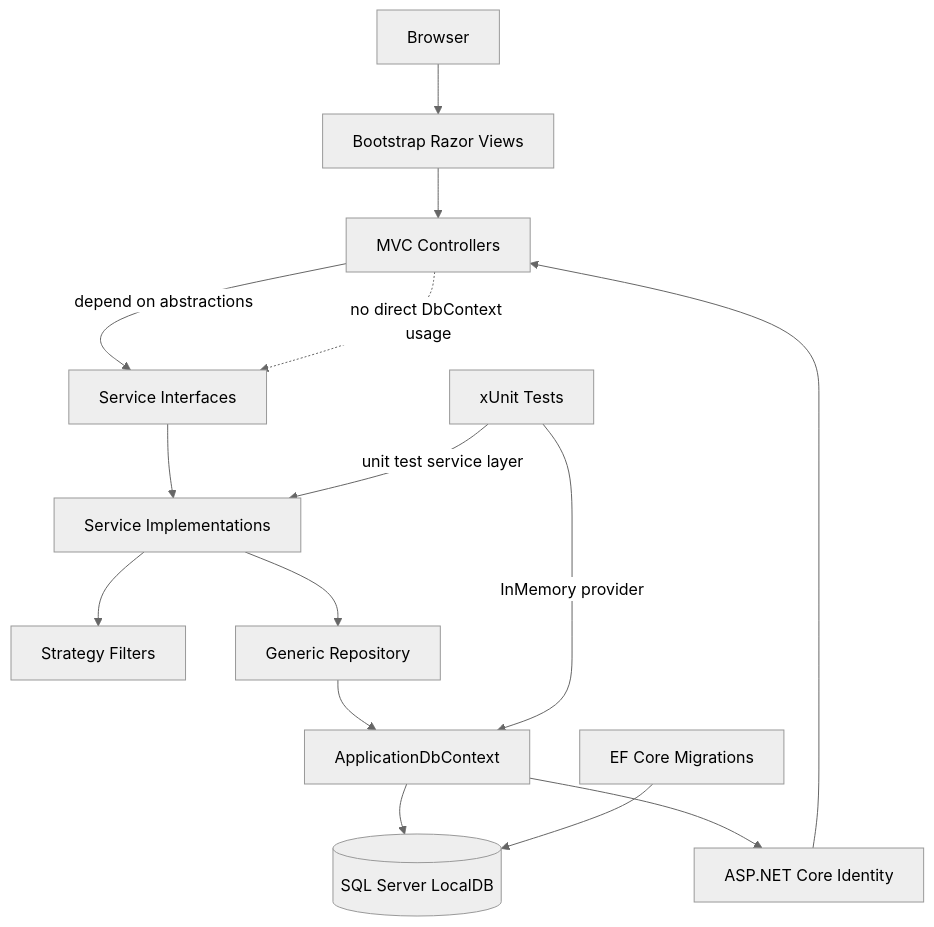
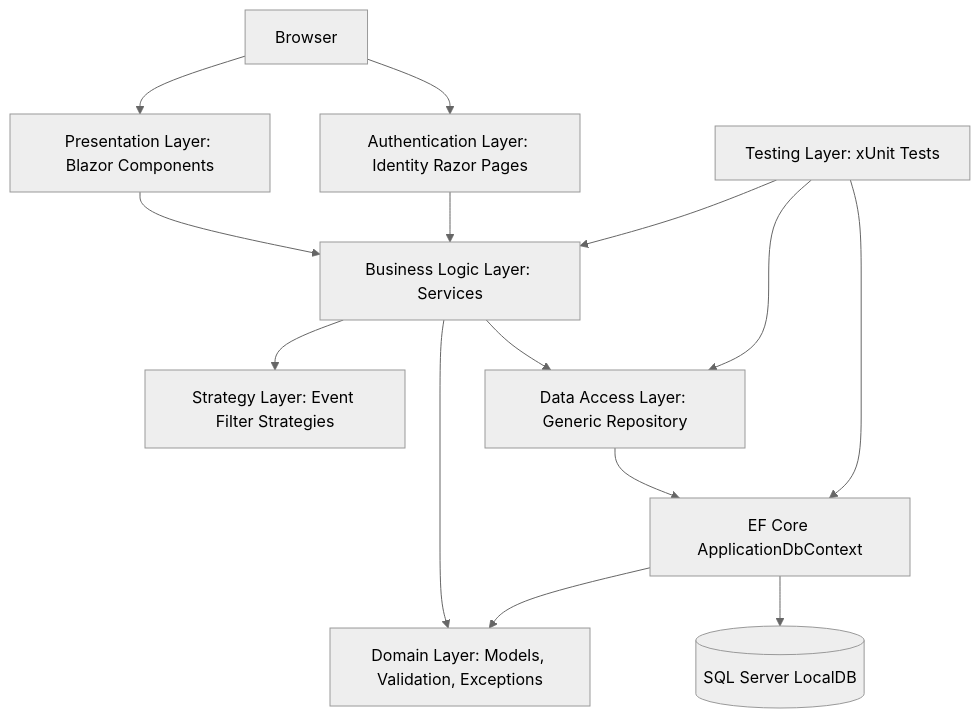
One commit to FerojTamang/CET254_EventManager_Blazor changed the diagram in Documentation/UML/Diagrams/architecture-diagram.mmd. Above: the diagram before and after it, drawn with Mermaid (neutral theme). The commit also changed 5 other files, not shown here.

Commit message:
Align documentation with Blazor-first implementation

```diff
--- a/Documentation/UML/Diagrams/architecture-diagram.mmd
+++ b/Documentation/UML/Diagrams/architecture-diagram.mmd
@@ -1,31 +1,26 @@
-%% Community Event Management System - Architecture Diagram
+%% Community Event Management System - Blazor-First Architecture Diagram
 flowchart TD
     Browser[Browser]
-    Views[Bootstrap Razor Views]
-    Controllers[MVC Controllers]
-    ServiceInterfaces[Service Interfaces]
-    Services[Service Implementations]
-    Strategies[Strategy Filters]
-    Repository[Generic Repository]
-    DbContext[ApplicationDbContext]
+    Blazor[Presentation Layer: Blazor Components]
+    IdentityPages[Authentication Layer: Identity Razor Pages]
+    Services[Business Logic Layer: Services]
+    Strategies[Strategy Layer: Event Filter Strategies]
+    Repository[Data Access Layer: Generic Repository]
+    DbContext[EF Core ApplicationDbContext]
+    Domain[Domain Layer: Models, Validation, Exceptions]
     Database[(SQL Server LocalDB)]
-    Identity[ASP.NET Core Identity]
-    Migrations[EF Core Migrations]
-    Tests[xUnit Tests]
+    Tests[Testing Layer: xUnit Tests]
 
-    Browser --> Views
-    Views --> Controllers
-    Controllers -->|depend on abstractions| ServiceInterfaces
-    ServiceInterfaces --> Services
+    Browser --> Blazor
+    Browser --> IdentityPages
+    Blazor --> Services
+    IdentityPages --> Services
+    Services --> Strategies
     Services --> Repository
-    Services --> Strategies
+    Services --> Domain
     Repository --> DbContext
+    DbContext --> Domain
     DbContext --> Database
-    DbContext --> Identity
-    Migrations --> Database
-
-    Tests -->|unit test service layer| Services
-    Tests -->|InMemory provider| DbContext
-
-    Controllers -. no direct DbContext usage .-> ServiceInterfaces
-    Identity --> Controllers
+    Tests --> Services
+    Tests --> Repository
+    Tests --> DbContext
```
